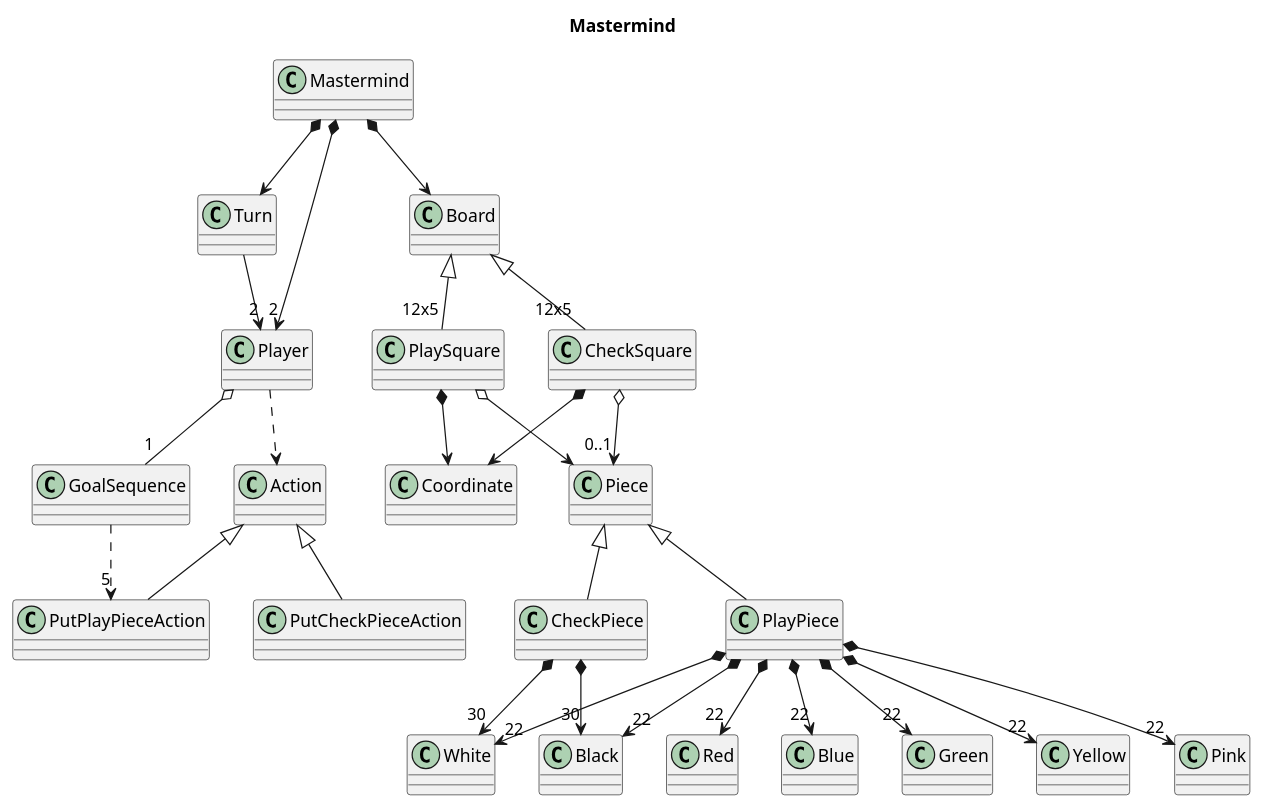
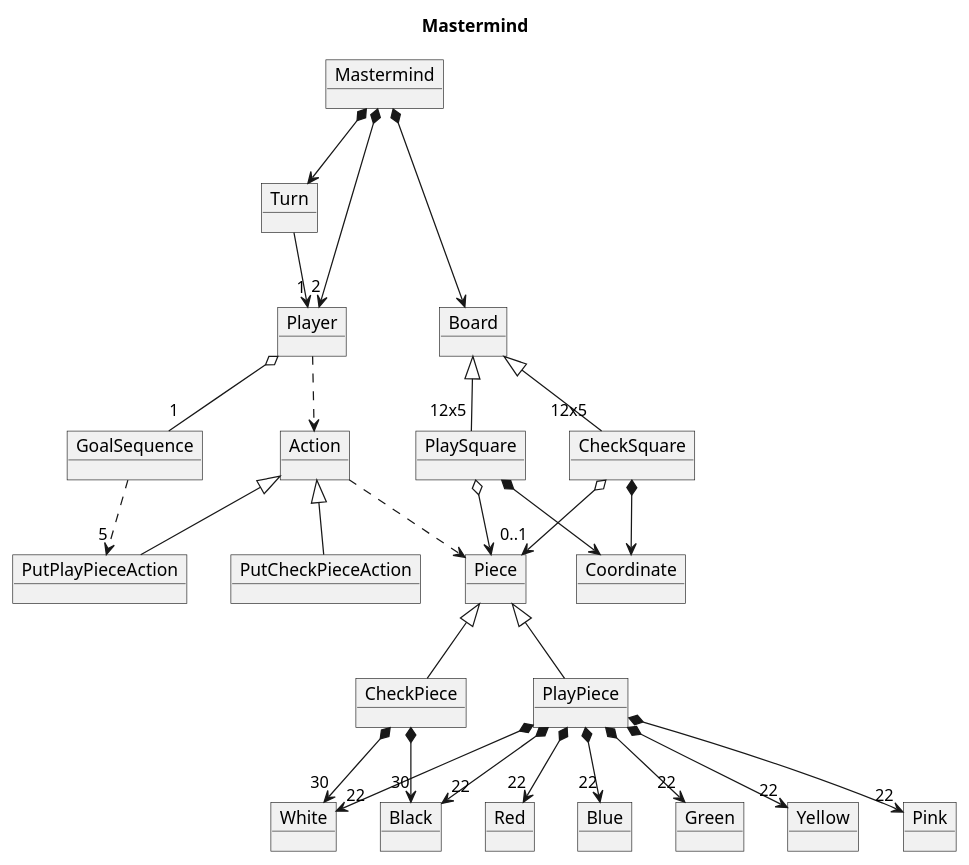
The diagram in MastermindClassDiagram.puml (zuldare/masterCloudURJC-1-calidad-softwar), drawn with PlantUML before and after one commit. The commit also changed 1 other file, not shown here.

```diff
--- a/MastermindClassDiagram.puml
+++ b/MastermindClassDiagram.puml
@@ -1,62 +1,65 @@
 @startuml
 
 title Mastermind
-class Mastermind
-class Turn
-class Player
-class Board
-class PlaySquare
-class CheckSquare
-class Coordinate
-class GoalSequence
-class Action
-class PutPlayPieceAction
-class PutCheckPieceAction
-class Piece
-class CheckPiece
-class PlayPiece
-class Pink
-class Red
-class Blue
-class Green
-class Yellow
-class Black
-class White
+object Mastermind
+object Turn
+object Player
+object Board
+object PlaySquare
+object CheckSquare
+object Coordinate
+object GoalSequence
+object Action
+object PutPlayPieceAction
+object PutCheckPieceAction
+object Piece
+object CheckPiece
+object PlayPiece
+object Pink
+object Red
+object Blue
+object Green
+object Yellow
+object Black
+object White
+
 
 
 Piece <|-- CheckPiece
 Piece <|-- PlayPiece
 
 PlayPiece *--> "22" Pink
 PlayPiece *--> "22" Red
 PlayPiece *--> "22" Blue
 PlayPiece *--> "22" Green
 PlayPiece *--> "22" Yellow
 PlayPiece *--> "22" Black
 PlayPiece *--> "22" White
 
 CheckPiece *--> "30" Black
 CheckPiece *--> "30" White
 
 Action <|-- PutPlayPieceAction
 Action <|-- PutCheckPieceAction
 
 Board <|-- "12x5" PlaySquare
 Board <|-- "12x5" CheckSquare
 PlaySquare *--> Coordinate
 CheckSquare *--> Coordinate
 
 Mastermind *--> Board
 Mastermind *--> Turn
 Mastermind *--> "2" Player
 Player o-- "1" GoalSequence
 
 GoalSequence ..> "5" PutPlayPieceAction
 
 Player ..> Action
-Turn --> "2" Player
+Turn --> "1" Player
 
 PlaySquare o--> Piece
 CheckSquare o--> "0..1" Piece
 
+Action ..> Piece
+
 @enduml
```
